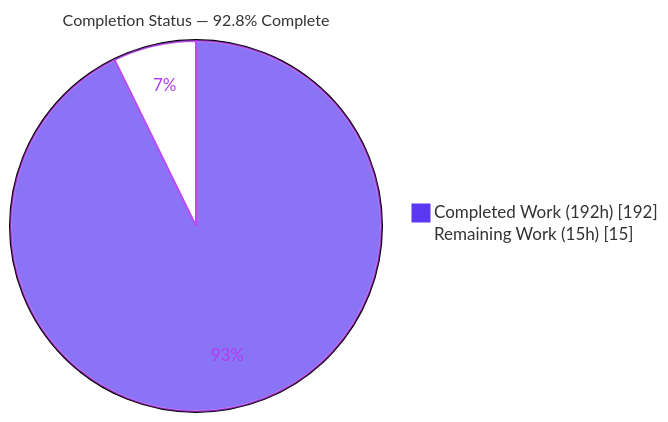
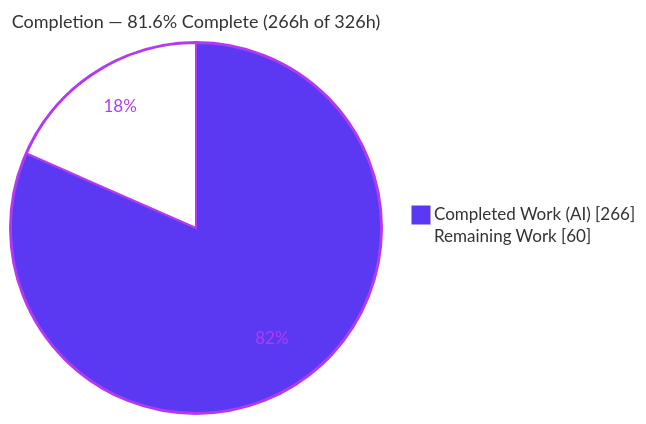
One commit to blitzy-public-samples/ecommerce-shop changed the first of 3 diagrams in blitzy/documentation/Project Guide.md. Above: the diagram before and after it, drawn with Mermaid. The commit also changed other lines of this file, not shown here.

Commit message:
Adding Blitzy Project Guide: Project Status and Human Tasks Remaining

````diff
--- a/blitzy/documentation/Project Guide.md
+++ b/blitzy/documentation/Project Guide.md
@@ -19,6 +19,6 @@
 ```mermaid
-%%{init: {'theme':'base','themeVariables':{'pie1':'#5B39F3','pie2':'#FFFFFF','pieStrokeColor':'#B23AF2','pieStrokeWidth':'2px','pieOuterStrokeWidth':'2px','pieTitleTextSize':'16px','pieSectionTextColor':'#B23AF2'}}}%%
-pie showData title Completion Status — 92.8% Complete
-    "Completed Work (192h)" : 192
-    "Remaining Work (15h)" : 15
+%%{init: {'theme':'base', 'themeVariables': {'pie1':'#5B39F3','pie2':'#FFFFFF','pieStrokeColor':'#B23AF2','pieOuterStrokeColor':'#B23AF2','pieStrokeWidth':'2px','pieOpacity':'1','pieSectionTextColor':'#B23AF2','pieTitleTextSize':'18px'}}}%%
+pie showData title Completion — 81.6% Complete (266h of 326h)
+    "Completed Work (AI)" : 266
+    "Remaining Work" : 60
 ```
````
